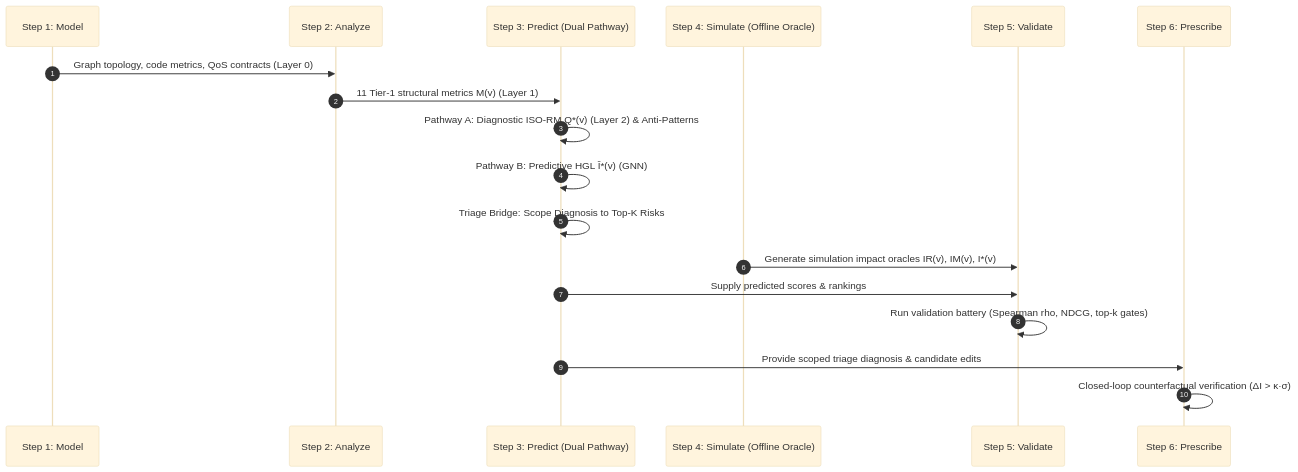
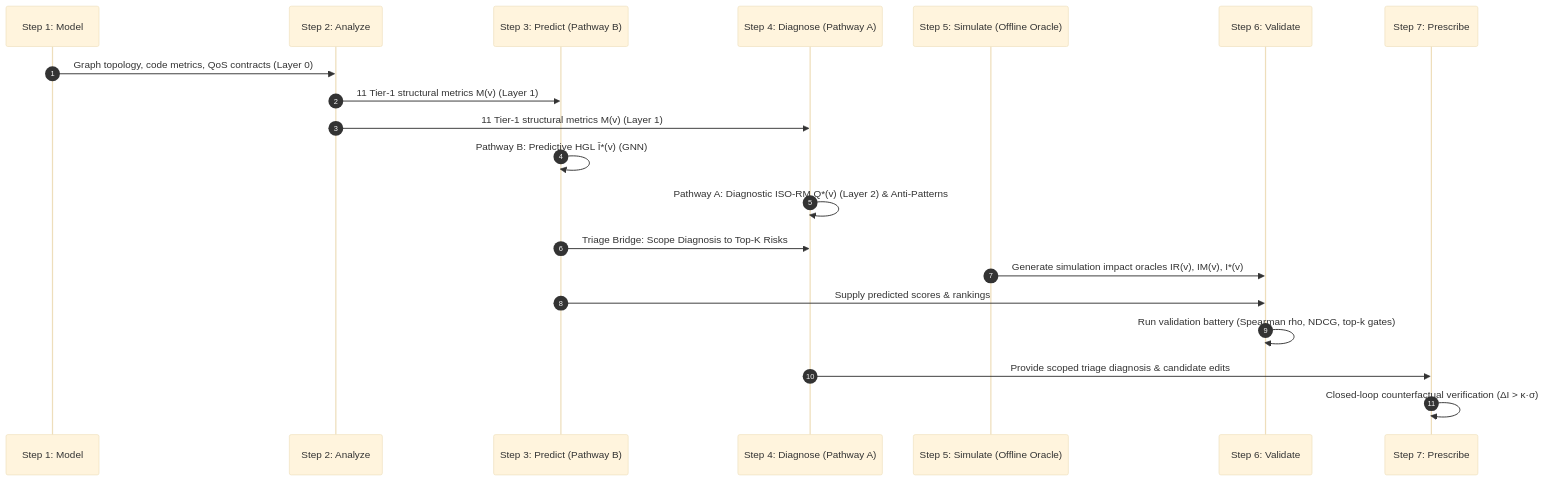
The fifth of 5 diagrams in docs/quality-model.md (onuralpyigit/software-as-a-graph), drawn with Mermaid (base theme) before and after one commit. The commit also changed 33 other files, not shown here.

First line of the commit message:
feat: Introduce Diagnose stage (Step 4) for root-cause attribution

````diff
--- a/docs/quality-model.md
+++ b/docs/quality-model.md
@@ -611,21 +611,23 @@
 ```mermaid
 sequenceDiagram
     autonumber
     participant M as Step 1: Model
     participant A as Step 2: Analyze
-    participant P as Step 3: Predict (Dual Pathway)
-    participant S as Step 4: Simulate (Offline Oracle)
-    participant V as Step 5: Validate
-    participant Rx as Step 6: Prescribe
+    participant P as Step 3: Predict (Pathway B)
+    participant D as Step 4: Diagnose (Pathway A)
+    participant S as Step 5: Simulate (Offline Oracle)
+    participant V as Step 6: Validate
+    participant Rx as Step 7: Prescribe
 
     M->>A: Graph topology, code metrics, QoS contracts (Layer 0)
     A->>P: 11 Tier-1 structural metrics M(v) (Layer 1)
-    P->>P: Pathway A: Diagnostic ISO-RM Q*(v) (Layer 2) & Anti-Patterns
+    A->>D: 11 Tier-1 structural metrics M(v) (Layer 1)
     P->>P: Pathway B: Predictive HGL Î*(v) (GNN)
-    P->>P: Triage Bridge: Scope Diagnosis to Top-K Risks
+    D->>D: Pathway A: Diagnostic ISO-RM Q*(v) (Layer 2) & Anti-Patterns
+    P->>D: Triage Bridge: Scope Diagnosis to Top-K Risks
     S->>V: Generate simulation impact oracles IR(v), IM(v), I*(v)
     P->>V: Supply predicted scores & rankings
     V->>V: Run validation battery (Spearman rho, NDCG, top-k gates)
-    P->>Rx: Provide scoped triage diagnosis & candidate edits
+    D->>Rx: Provide scoped triage diagnosis & candidate edits
     Rx->>Rx: Closed-loop counterfactual verification (ΔI > κ·σ)
 ```
````
